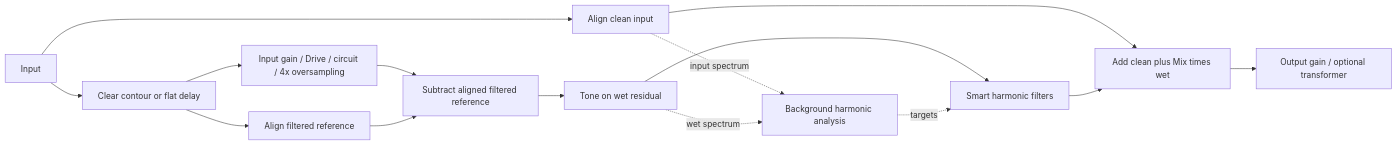
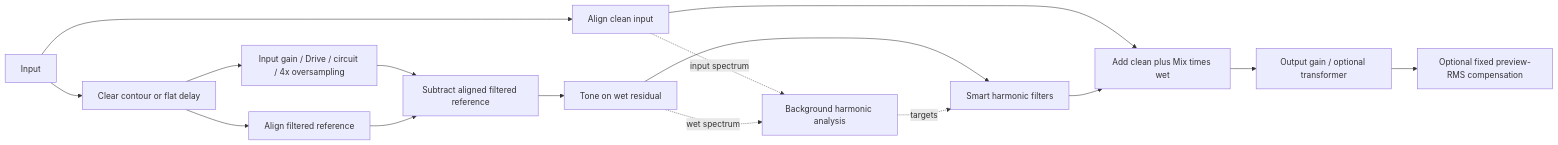
The diagram in projects/ZaoDrive/SMART.md (javelinmaxx/JUCE), drawn with Mermaid before and after one commit. The commit also changed other lines of this file and 17 other files, not shown here.

Commit message:
Add fixed preview-RMS output compensation to Zao Drive

````diff
--- a/projects/ZaoDrive/SMART.md
+++ b/projects/ZaoDrive/SMART.md
@@ -7,17 +7,18 @@
 ```mermaid
 flowchart LR
     I[Input] --> D[Align clean input]
     I --> F[Clear contour or flat delay]
     F --> G[Input gain / Drive / circuit / 4x oversampling]
     G --> S[Subtract aligned filtered reference]
     F --> R[Align filtered reference]
     R --> S
     S --> T[Tone on wet residual]
     T --> H[Smart harmonic filters]
     D --> A[Add clean plus Mix times wet]
     H --> A
     A --> O[Output gain / optional transformer]
+    O --> C[Optional fixed preview-RMS compensation]
     D -. input spectrum .-> W[Background harmonic analysis]
     T -. wet spectrum .-> W
     W -. targets .-> H
 ```
````
